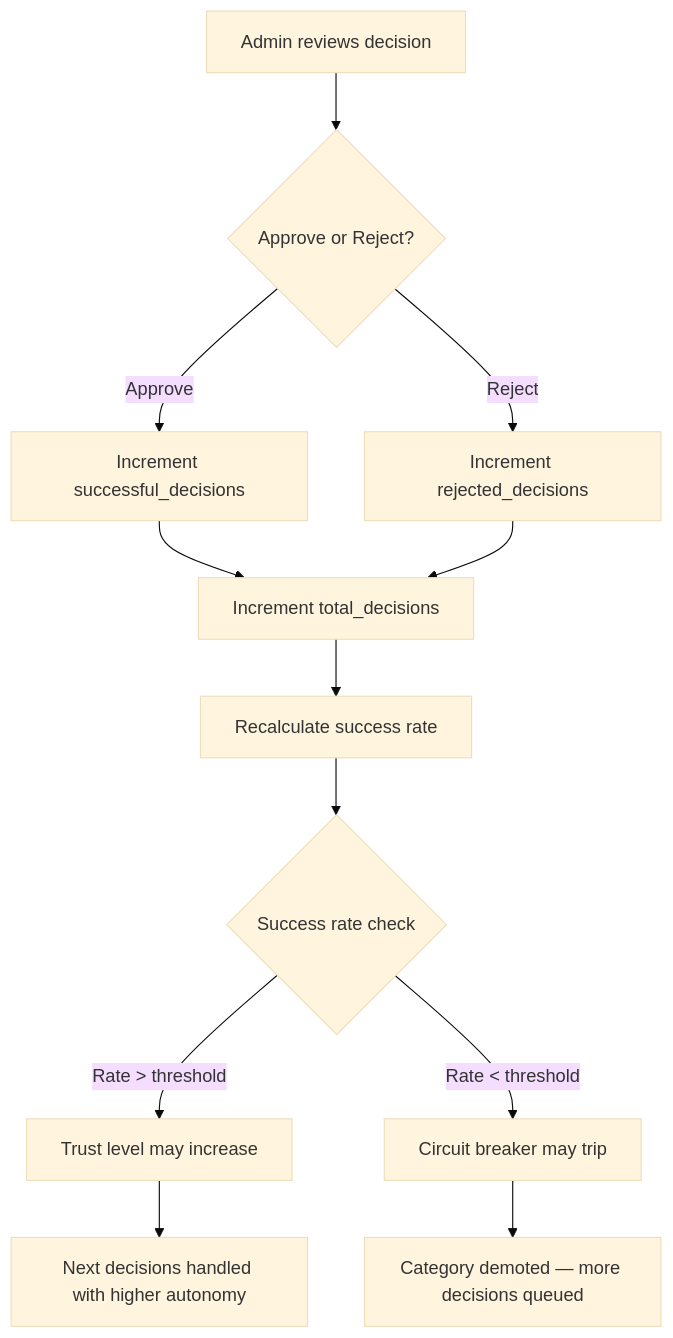
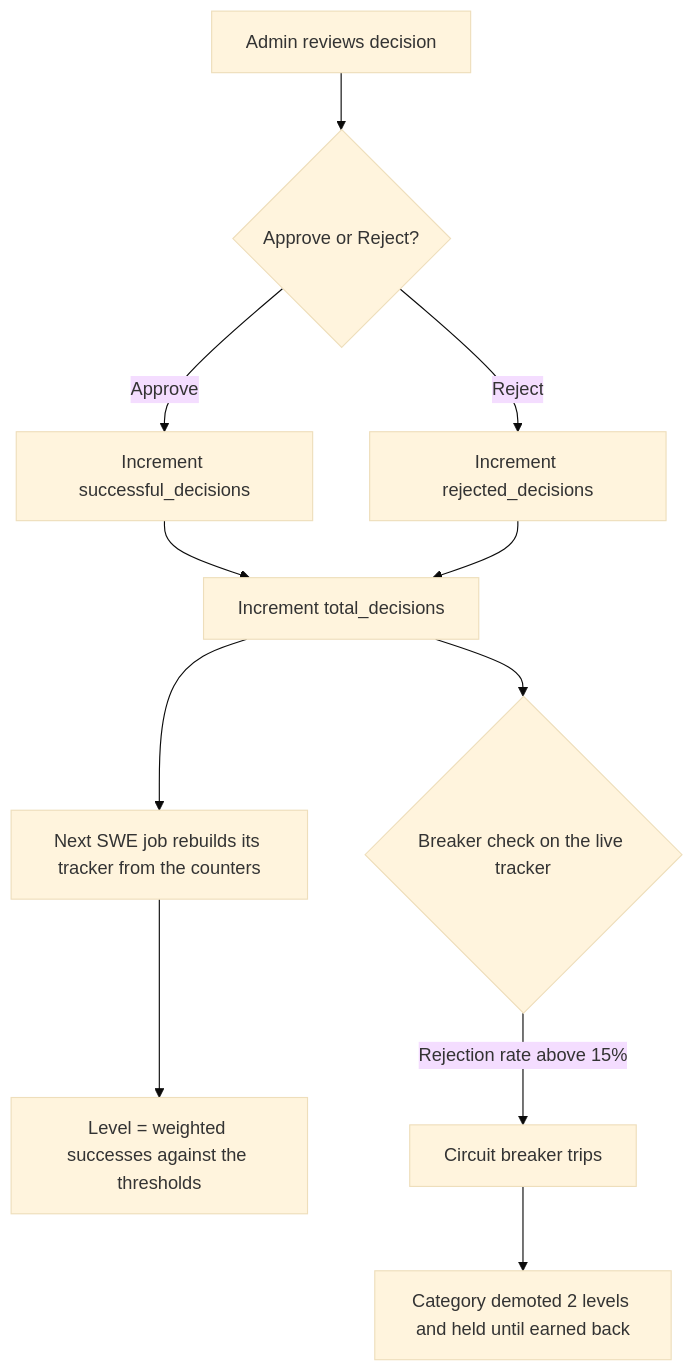
One commit to deepily/lupin changed the diagram in src/docs/proxy-admin-guide/04-trust-feedback-loop.md. Above: the diagram before and after it, drawn with Mermaid (base theme). The commit also changed other lines of this file and 1 other file, not shown here.

First line of the commit message:
[LUPIN] Decision proxy D12: the admin guide describes the gate, the breaker and the level source as the merged code has them (row 76d3462f)

````diff
--- a/src/docs/proxy-admin-guide/04-trust-feedback-loop.md
+++ b/src/docs/proxy-admin-guide/04-trust-feedback-loop.md
@@ -10,14 +10,13 @@
 ```mermaid
 flowchart TD
     A[Admin reviews decision] --> B{Approve or Reject?}
     B -->|Approve| C[Increment successful_decisions]
     B -->|Reject| D[Increment rejected_decisions]
     C --> E[Increment total_decisions]
     D --> E
-    E --> F[Recalculate success rate]
-    F --> G{Success rate check}
-    G -->|Rate > threshold| H[Trust level may increase]
-    G -->|Rate < threshold| I[Circuit breaker may trip]
-    H --> J[Next decisions handled with higher autonomy]
-    I --> K[Category demoted — more decisions queued]
+    E --> F[Next SWE job rebuilds its tracker from the counters]
+    F --> G[Level = weighted successes against the thresholds]
+    E --> H{Breaker check on the live tracker}
+    H -->|Rejection rate above 15%| I[Circuit breaker trips]
+    I --> J[Category demoted 2 levels and held until earned back]
 ```
````
